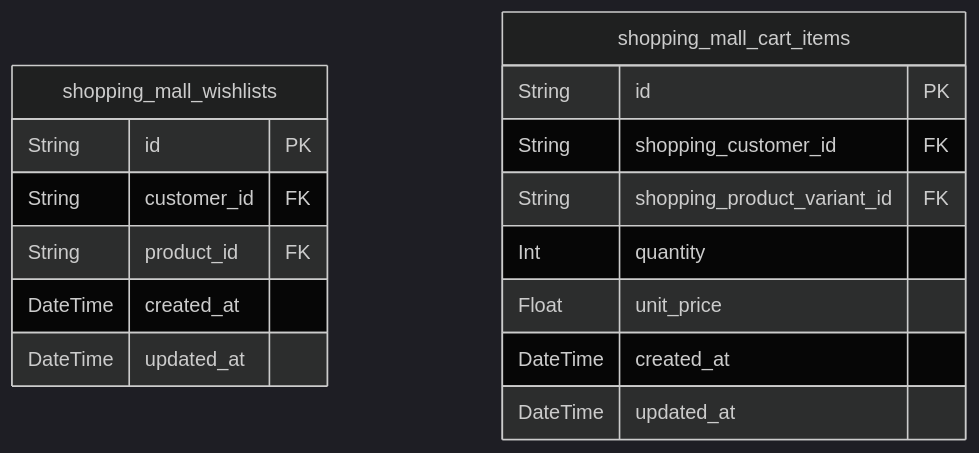
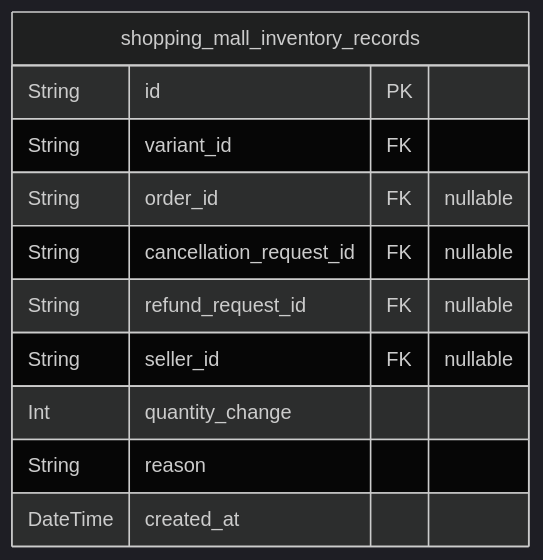
Before and after one commit to wrtnlabs/autobe-examples: the fourth of 9 diagrams in z-ai/glm-5/shopping/docs/ERD.md, drawn with Mermaid (dark theme). The commit also changed other lines of this file and 17098 other files, not shown here.

````diff
--- a/z-ai/glm-5/shopping/docs/ERD.md
+++ b/z-ai/glm-5/shopping/docs/ERD.md
@@ -1001,19 +816,14 @@
 ```mermaid
 erDiagram
-"shopping_mall_wishlists" {
+"shopping_mall_inventory_records" {
   String id PK
-  String customer_id FK
-  String product_id FK
+  String variant_id FK
+  String order_id FK "nullable"
+  String cancellation_request_id FK "nullable"
+  String refund_request_id FK "nullable"
+  String seller_id FK "nullable"
+  Int quantity_change
+  String reason
   DateTime created_at
-  DateTime updated_at
-}
-"shopping_mall_cart_items" {
-  String id PK
-  String shopping_customer_id FK
-  String shopping_product_variant_id FK
-  Int quantity
-  Float unit_price
-  DateTime created_at
-  DateTime updated_at
 }
 ```
````
